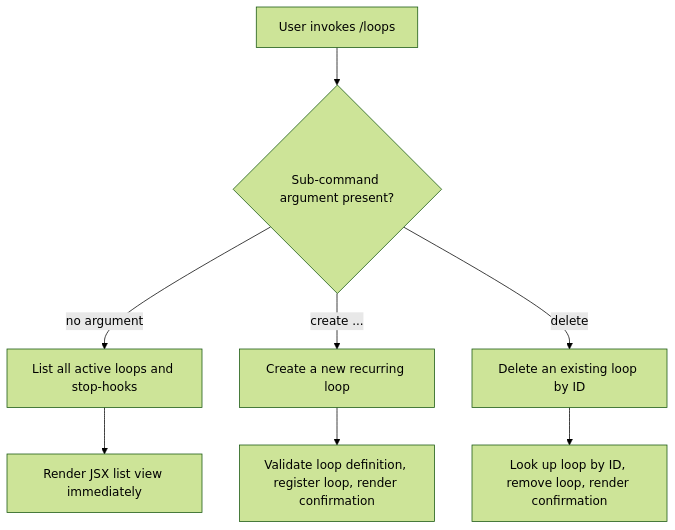
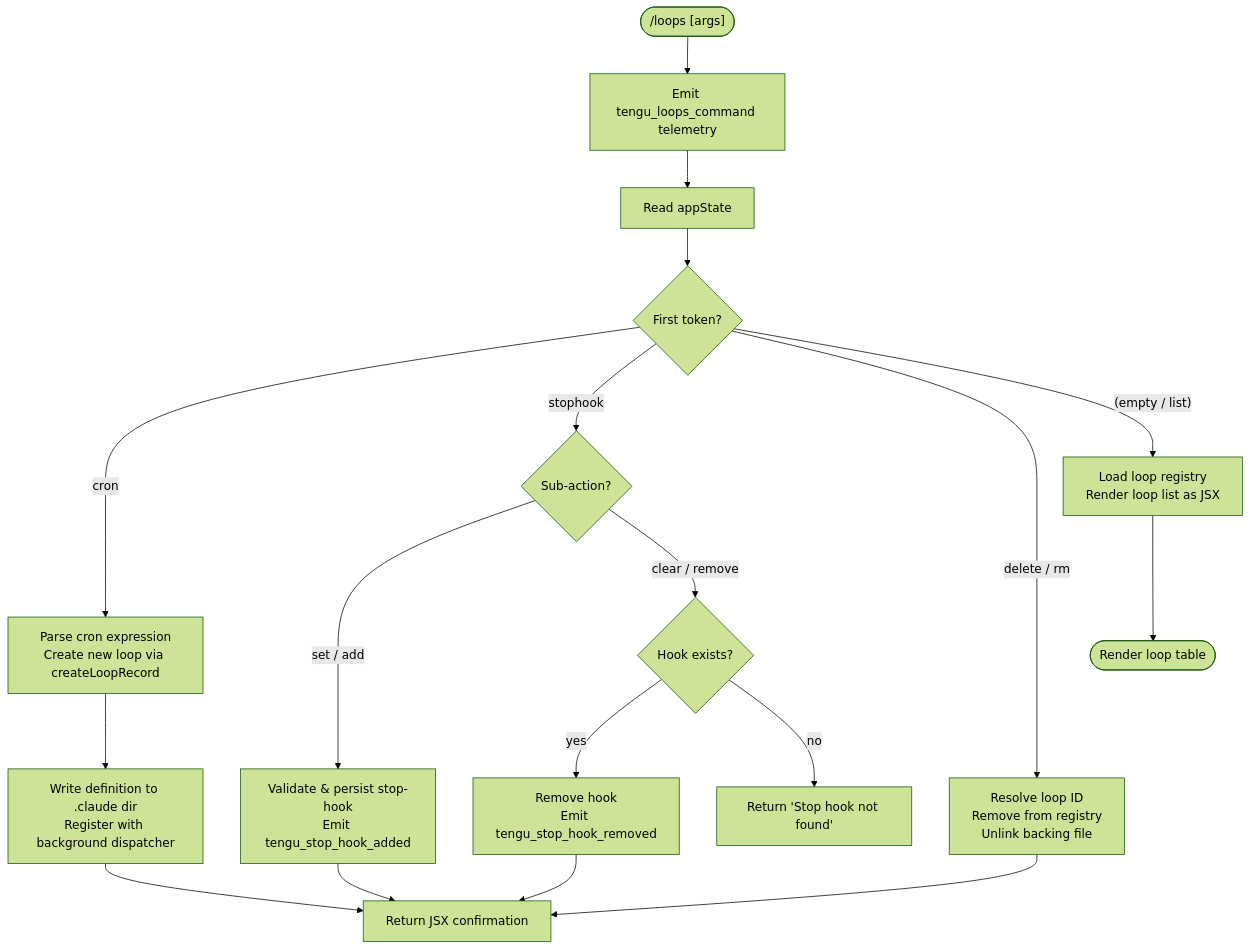
One commit to MyLittleLuckyDog/cc-gnothi changed the diagram in versions/v2.1.150/loops.md. Above: the diagram before and after it, drawn with Mermaid (forest theme). The commit also changed other lines of this file and 11 other files, not shown here.

````diff
--- a/versions/v2.1.150/loops.md
+++ b/versions/v2.1.150/loops.md
@@ -47,10 +46,23 @@
 ```mermaid
 flowchart TD
-    A[User invokes /loops] --> B{Sub-command argument present?}
-    B -- "no argument" --> C[List all active loops and stop-hooks]
-    B -- "create ..." --> D[Create a new recurring loop]
-    B -- "delete <id>" --> E[Delete an existing loop by ID]
-    C --> F[Render JSX list view immediately]
-    D --> G[Validate loop definition, register loop, render confirmation]
-    E --> H[Look up loop by ID, remove loop, render confirmation]
+    START(["/loops [args]"]) --> FIRE[Emit tengu_loops_command telemetry]
+    FIRE --> GETSTATE[Read appState]
+    GETSTATE --> CLASSIFY{First token?}
+
+    CLASSIFY -- "cron" --> CRON[Parse cron expression\nCreate new loop via createLoopRecord]
+    CLASSIFY -- "stophook" --> STOPHOOK{Sub-action?}
+    CLASSIFY -- "delete / rm" --> DELETE[Resolve loop ID\nRemove from registry\nUnlink backing file]
+    CLASSIFY -- "(empty / list)" --> LIST[Load loop registry\nRender loop list as JSX]
+
+    STOPHOOK -- "set / add" --> SH_SET[Validate & persist stop-hook\nEmit tengu_stop_hook_added]
+    STOPHOOK -- "clear / remove" --> SH_CLR{Hook exists?}
+    SH_CLR -- yes --> SH_RM[Remove hook\nEmit tengu_stop_hook_removed]
+    SH_CLR -- no --> SH_ERR[Return 'Stop hook not found']
+
+    CRON --> PERSIST[Write definition to .claude dir\nRegister with background dispatcher]
+    PERSIST --> CONFIRM[Return JSX confirmation]
+    SH_SET --> CONFIRM
+    SH_RM --> CONFIRM
+    DELETE --> CONFIRM
+    LIST --> RENDER([Render loop table])
 ```
````
